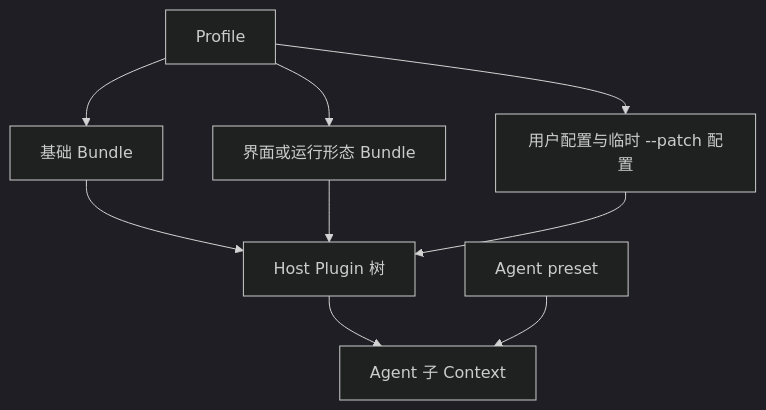
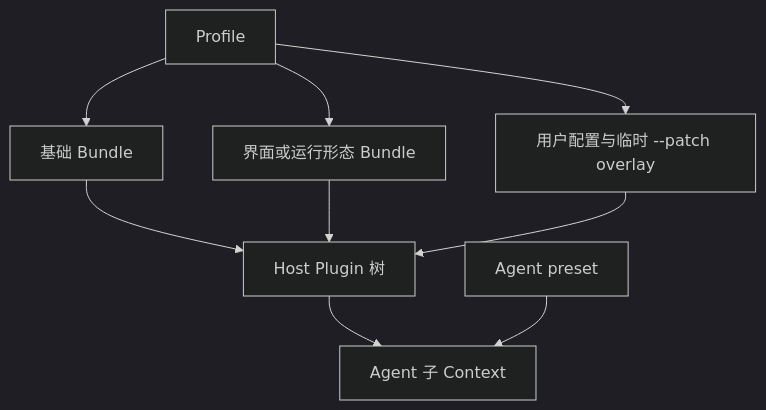
One commit to TMYTiMidlY/skills changed the diagram in skills/.curated/harness/references/dsh.md. Above: the diagram before and after it, drawn with Mermaid (dark theme). The commit also changed other lines of this file and 1 other file, not shown here.

Commit message:
docs(harness): clarify dsh workspace and overlay terms

````diff
--- a/skills/.curated/harness/references/dsh.md
+++ b/skills/.curated/harness/references/dsh.md
@@ -52,11 +52,11 @@
 ```mermaid
 flowchart TD
   P[Profile] --> B1[基础 Bundle]
   P --> B2[界面或运行形态 Bundle]
-  P --> U[用户配置与临时 --patch 配置]
+  P --> U[用户配置与临时 --patch overlay]
   B1 --> H[Host Plugin 树]
   B2 --> H
   U --> H
   H --> A[Agent 子 Context]
   R[Agent preset] --> A
 ```
````
